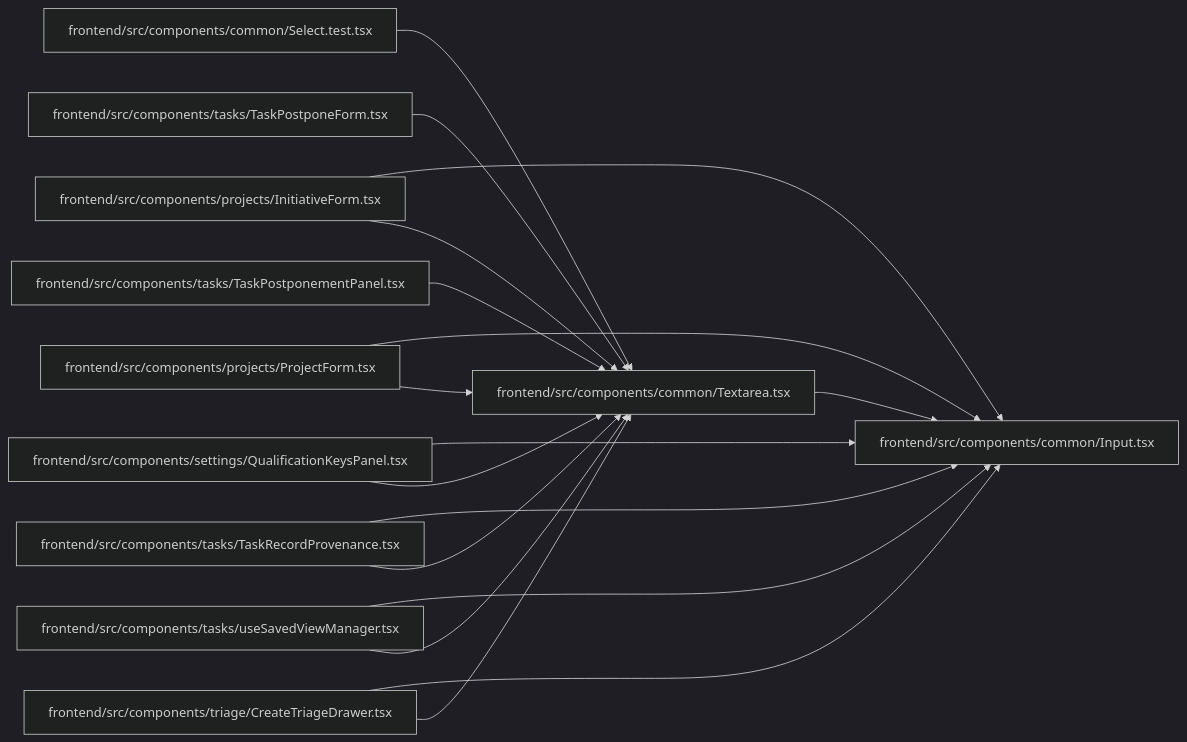
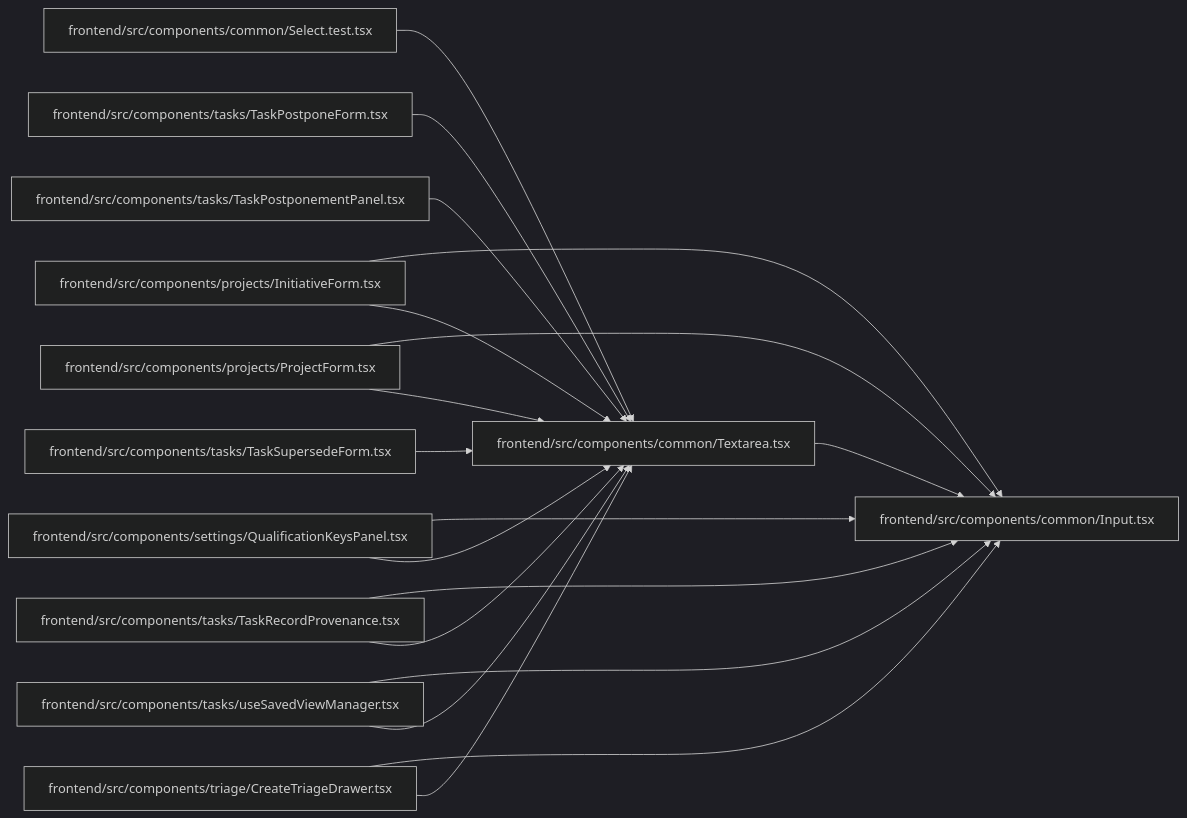
The diagram in docs/llm_wiki/modules/Textarea.md (Denissvgn/WorkChord), drawn with Mermaid (dark theme) before and after one commit. The commit also changed other lines of this file and 674 other files, not shown here.

Commit message:
Sync the architectural wiki for showing stopped work

````diff
--- a/docs/llm_wiki/modules/Textarea.md
+++ b/docs/llm_wiki/modules/Textarea.md
@@ -29,41 +29,44 @@
 ```mermaid
 flowchart LR
     n0["frontend/src/components/common/Input.tsx"]
     n1["frontend/src/components/common/Select.test.tsx"]
     n2["frontend/src/components/common/Textarea.tsx"]
     n3["frontend/src/components/projects/InitiativeForm.tsx"]
     n4["frontend/src/components/projects/ProjectForm.tsx"]
     n5["frontend/src/components/settings/QualificationKeysPanel.tsx"]
     n6["frontend/src/components/tasks/TaskPostponeForm.tsx"]
     n7["frontend/src/components/tasks/TaskPostponementPanel.tsx"]
     n8["frontend/src/components/tasks/TaskRecordProvenance.tsx"]
-    n9["frontend/src/components/tasks/useSavedViewManager.tsx"]
-    n10["frontend/src/components/triage/CreateTriageDrawer.tsx"]
+    n9["frontend/src/components/tasks/TaskSupersedeForm.tsx"]
+    n10["frontend/src/components/tasks/useSavedViewManager.tsx"]
+    n11["frontend/src/components/triage/CreateTriageDrawer.tsx"]
     n1 --> n2
     n2 --> n0
     n3 --> n0
     n3 --> n2
     n4 --> n0
     n4 --> n2
     n5 --> n0
     n5 --> n2
     n6 --> n2
     n7 --> n2
     n8 --> n0
     n8 --> n2
-    n9 --> n0
     n9 --> n2
     n10 --> n0
     n10 --> n2
+    n11 --> n0
+    n11 --> n2
     click n0 "../modules/Input.md"
     click n1 "../modules/Select.test.md"
     click n2 "../modules/Textarea.md"
     click n3 "../modules/InitiativeForm.md"
     click n4 "../modules/ProjectForm.md"
     click n5 "../modules/QualificationKeysPanel.md"
     click n6 "../modules/TaskPostponeForm.md"
     click n7 "../modules/TaskPostponementPanel.md"
     click n8 "../modules/TaskRecordProvenance.md"
-    click n9 "../modules/useSavedViewManager.md"
-    click n10 "../modules/CreateTriageDrawer.md"
+    click n9 "../modules/TaskSupersedeForm.md"
+    click n10 "../modules/useSavedViewManager.md"
+    click n11 "../modules/CreateTriageDrawer.md"
 ```
````
